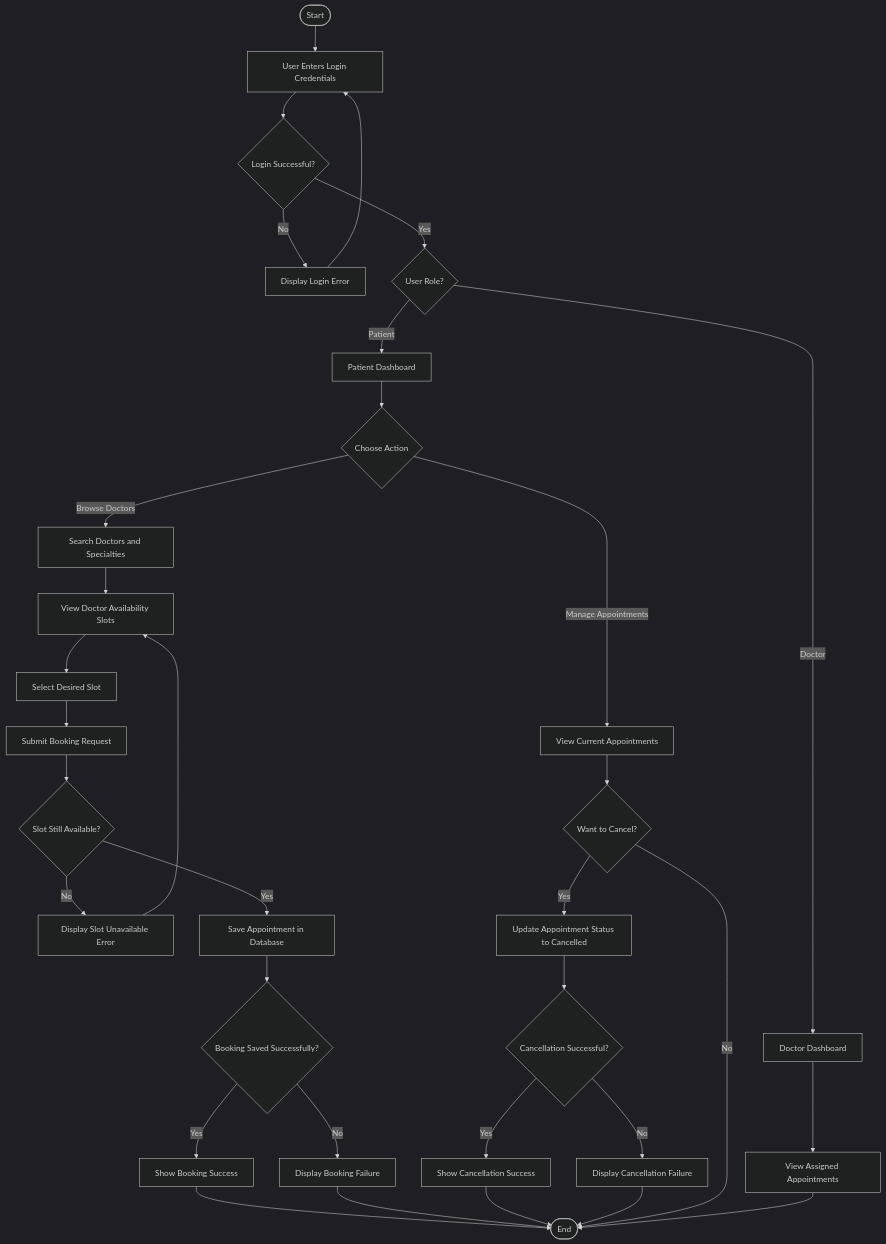
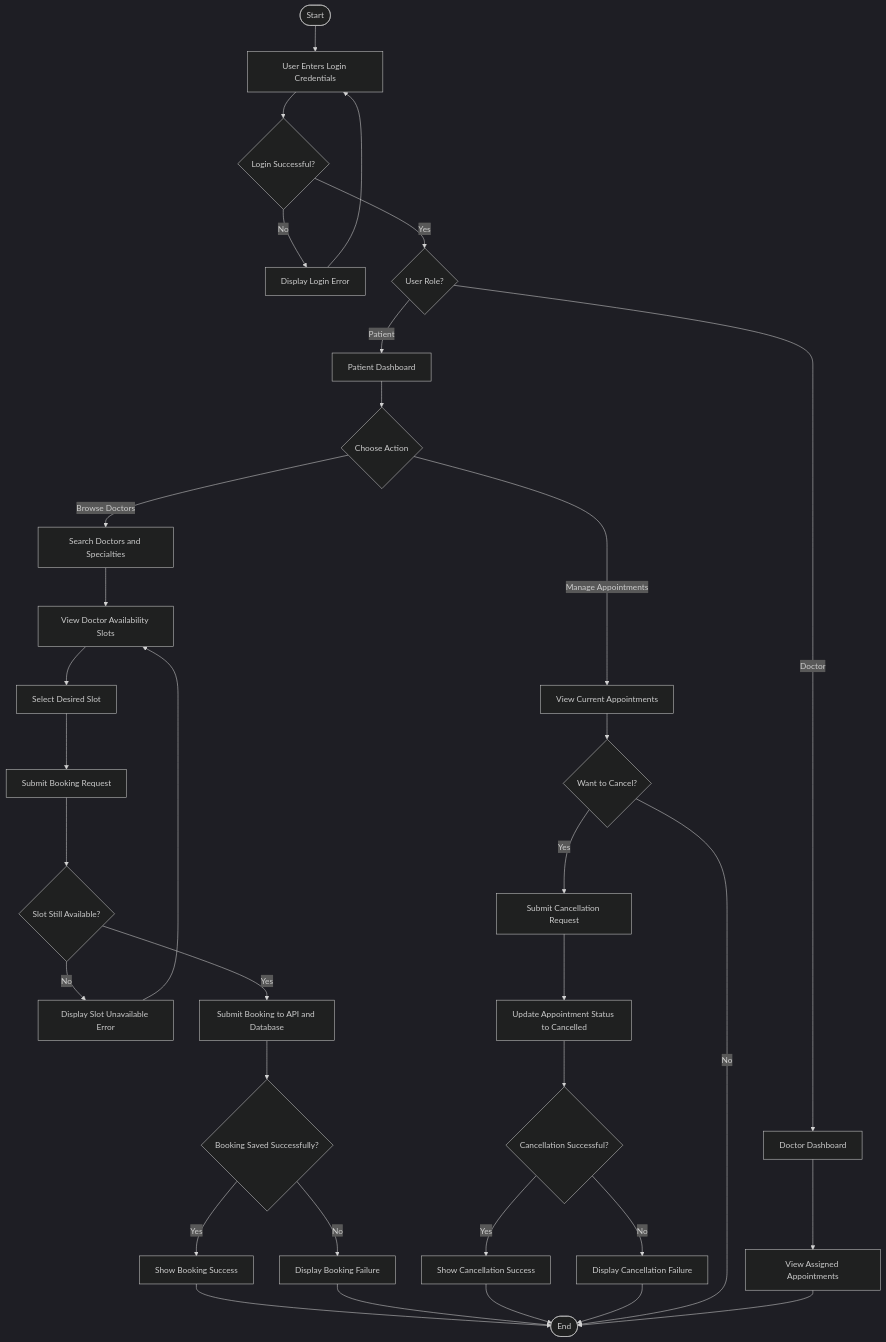
Before and after one commit to feloaref/scalable-telemedicine-platform: the fourth of 6 diagrams in DATA_FLOW_DIAGRAMS.md, drawn with Mermaid (dark theme). The commit also changed other lines of this file, not shown here.

First line of the commit message:
DATA_FLOW_DIAGRAMS.md

````diff
--- a/DATA_FLOW_DIAGRAMS.md
+++ b/DATA_FLOW_DIAGRAMS.md
@@ -106,50 +113,47 @@
 ```mermaid
-
-
 flowchart TD
     Start([Start]) --> Login[User Enters Login Credentials]
     Login --> Auth{Login Successful?}
 
     Auth -->|No| LoginError[Display Login Error]
     LoginError --> Login
 
     Auth -->|Yes| RoleCheck{User Role?}
 
     RoleCheck -->|Patient| PatientHome[Patient Dashboard]
     RoleCheck -->|Doctor| DoctorHome[Doctor Dashboard]
 
     PatientHome --> Action{Choose Action}
 
     Action -->|Browse Doctors| Search[Search Doctors and Specialties]
     Search --> ViewSlots[View Doctor Availability Slots]
     ViewSlots --> SelectSlot[Select Desired Slot]
     SelectSlot --> BookReq[Submit Booking Request]
     BookReq --> CheckSlot{Slot Still Available?}
 
     CheckSlot -->|No| ErrorMsg[Display Slot Unavailable Error]
     ErrorMsg --> ViewSlots
 
-    CheckSlot -->|Yes| SaveDB[Save Appointment in Database]
+    CheckSlot -->|Yes| SaveDB[Submit Booking to API and Database]
     SaveDB --> SaveSuccess{Booking Saved Successfully?}
     SaveSuccess -->|Yes| Confirm[Show Booking Success]
     SaveSuccess -->|No| BookingError[Display Booking Failure]
     Confirm --> End([End])
     BookingError --> End
 
     Action -->|Manage Appointments| ViewApp[View Current Appointments]
     ViewApp --> CancelChoice{Want to Cancel?}
 
-    CancelChoice -->|Yes| CancelDB[Update Appointment Status to Cancelled]
+    CancelChoice -->|Yes| CancelReq[Submit Cancellation Request]
+    CancelReq --> CancelDB[Update Appointment Status to Cancelled]
     CancelDB --> CancelSuccess{Cancellation Successful?}
     CancelSuccess -->|Yes| CancelConfirm[Show Cancellation Success]
     CancelSuccess -->|No| CancelError[Display Cancellation Failure]
     CancelConfirm --> End
     CancelError --> End
 
     CancelChoice -->|No| End
 
     DoctorHome --> DocView[View Assigned Appointments]
     DocView --> End
-
-
 ```
````
